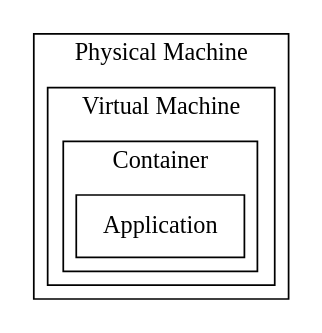
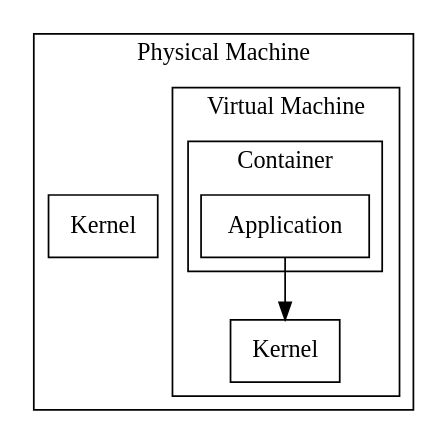
One commit to ereslibre/applications-in-a-cloud-native-world changed the fifth of 5 diagrams in src/deployment.md. Above: the diagram before and after it, drawn with Graphviz. The commit also changed other lines of this file and 1 other file, not shown here.

````diff
--- a/src/deployment.md
+++ b/src/deployment.md
@@ -157,14 +168,17 @@
 ```dot process
 digraph D {
   subgraph cluster_p {
     label = "Physical Machine";
+    Kernel_p[shape=box,label=Kernel];
     subgraph cluster_v {
         label = "Virtual Machine";
+        Kernel[shape=box];
         subgraph cluster_v2 {
             label = "Container";
             Application[shape=box];
         }
+        Application -> Kernel;
     }
   }
 }
 ```
````
